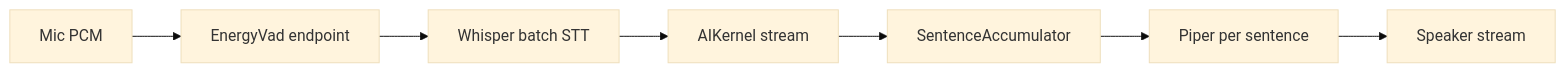
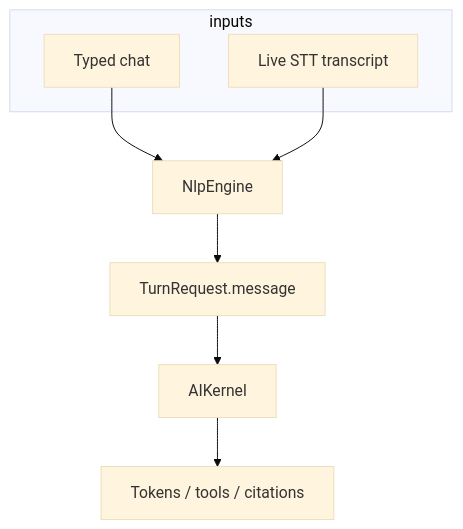
One commit to AUREON-Technology/AURA-AI changed the third of 3 diagrams in docs/reports/voice-nlp-analysis.md. Above: the diagram before and after it, drawn with Mermaid (base theme). The commit also changed other lines of this file, not shown here.

First line of the commit message:
docs: refine voice system and NLP analysis report

````diff
--- a/docs/reports/voice-nlp-analysis.md
+++ b/docs/reports/voice-nlp-analysis.md
@@ -183,9 +93,12 @@
 ```mermaid
-flowchart LR
-  Mic2[Mic PCM] --> VAD[EnergyVad endpoint]
-  VAD --> Whisper[Whisper batch STT]
-  Whisper --> Kernel2[AIKernel stream]
-  Kernel2 --> Sent[SentenceAccumulator]
-  Sent --> Piper[Piper per sentence]
-  Piper --> Spk2[Speaker stream]
+flowchart TB
+  subgraph inputs
+    Typed[Typed chat]
+    Live[Live STT transcript]
+  end
+  Typed --> NLP[NlpEngine]
+  Live --> NLP
+  NLP --> TR[TurnRequest.message]
+  TR --> K[AIKernel]
+  K --> Out[Tokens / tools / citations]
 ```
````
